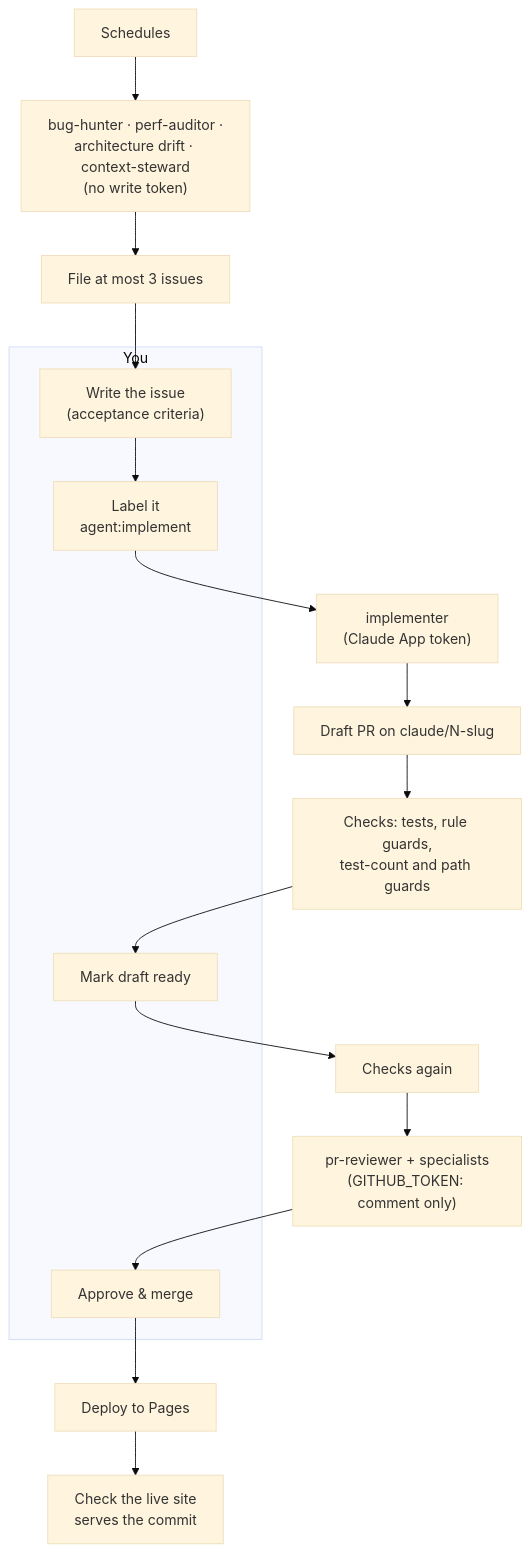
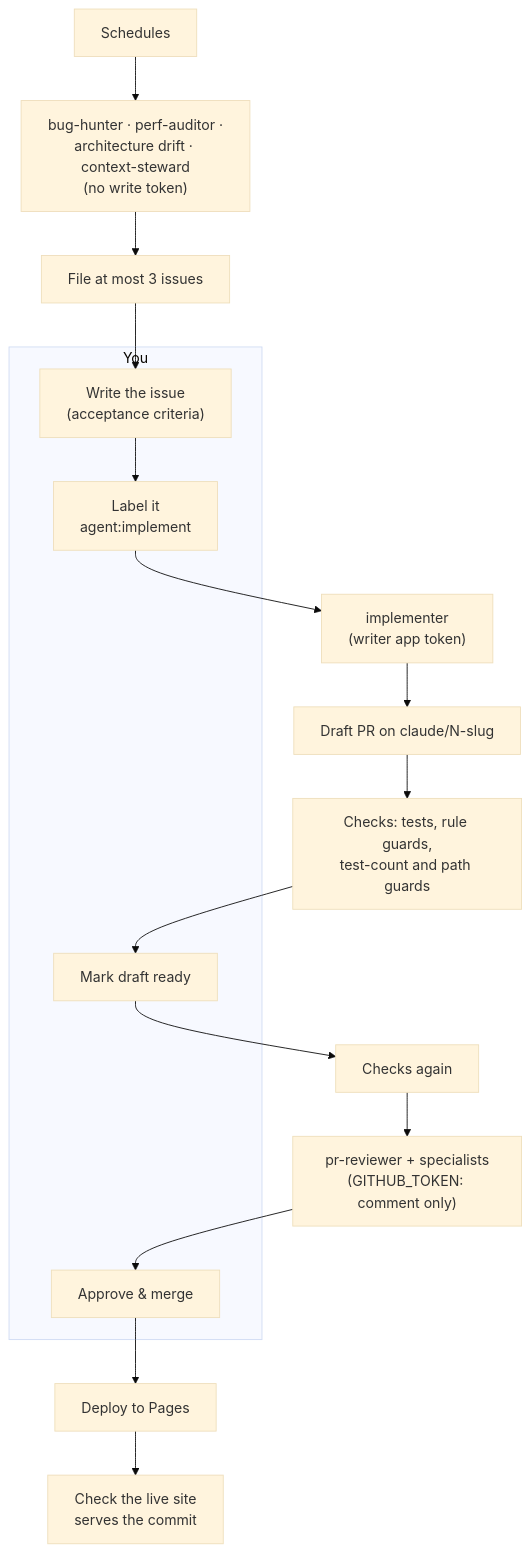
One commit to tinted979/reddit-post-profiler changed the diagram in WORKFLOW.md. Above: the diagram before and after it, drawn with Mermaid (base theme). The commit also changed other lines of this file, not shown here.

First line of the commit message:
WORKFLOW.md: describe the writer app, reviewer turns and audit times as built

````diff
--- a/WORKFLOW.md
+++ b/WORKFLOW.md
@@ -39,14 +39,14 @@
 ```mermaid
 flowchart TD
   subgraph you["You"]
     I["Write the issue<br/>(acceptance criteria)"]
     L["Label it<br/>agent:implement"]
     R["Mark draft ready"]
     M["Approve & merge"]
   end
-  I --> L --> W["implementer<br/>(Claude App token)"] --> D["Draft PR on claude/N-slug"]
+  I --> L --> W["implementer<br/>(writer app token)"] --> D["Draft PR on claude/N-slug"]
   D --> C["Checks: tests, rule guards,<br/>test-count and path guards"]
   C --> R --> G["Checks again"] --> RV["pr-reviewer + specialists<br/>(GITHUB_TOKEN: comment only)"]
   RV --> M --> DEP["Deploy to Pages"] --> V["Check the live site<br/>serves the commit"]
   S["Schedules"] --> A["bug-hunter · perf-auditor ·<br/>architecture drift · context-steward<br/>(no write token)"] --> F["File at most 3 issues"] --> I
 ```
````
